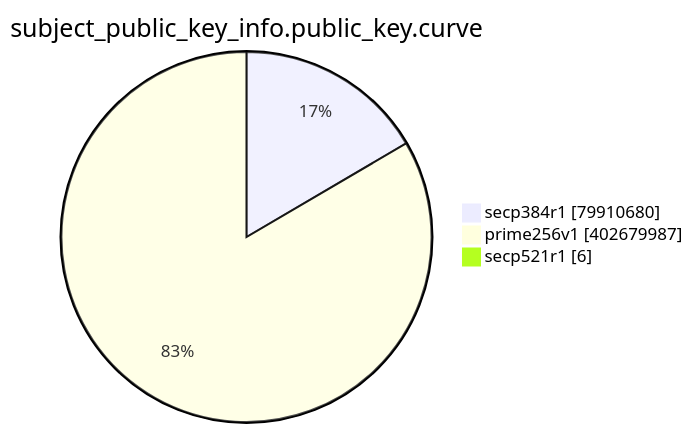
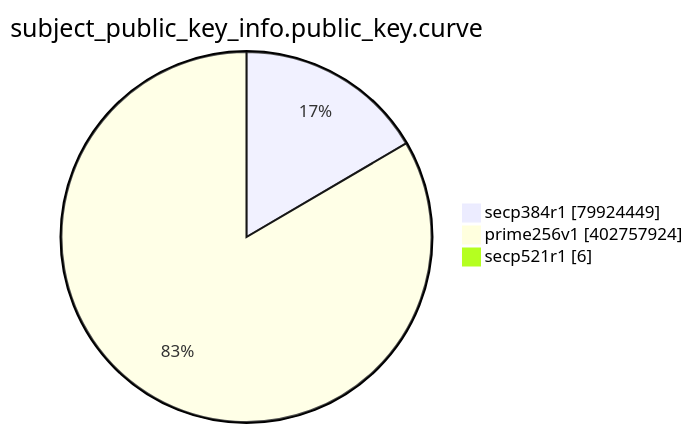
Before and after one commit to christiankrug/ctmonitor_visualization: the eighth of 15 diagrams in TOTAL/README.md, drawn with Mermaid. The commit also changed other lines of this file, not shown here.

````diff
--- a/TOTAL/README.md
+++ b/TOTAL/README.md
@@ -3095,7 +3095,7 @@
 ```mermaid
 pie showData
 title subject_public_key_info.public_key.curve
-"secp384r1" :79910680
-"prime256v1" :402679987
+"secp384r1" :79924449
+"prime256v1" :402757924
 "secp521r1" :6
 ```
````
